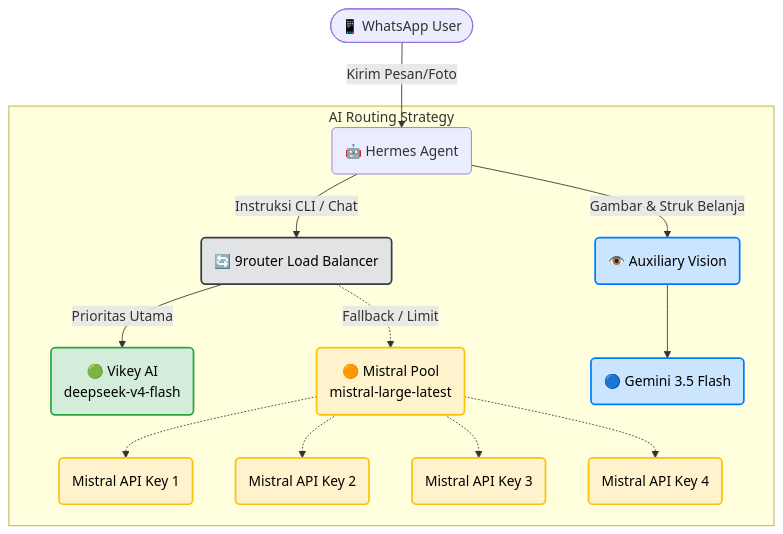
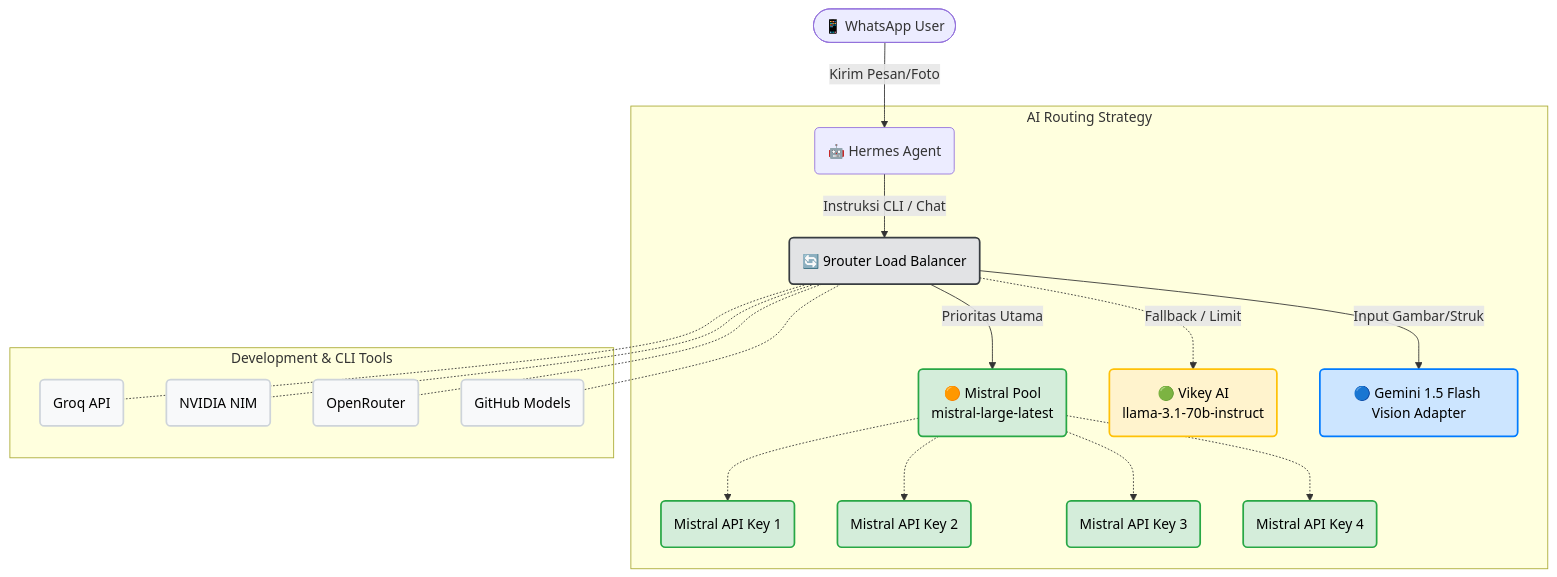
One commit to cantikapf/home-agent-template changed the second of 2 diagrams in README.md. Above: the diagram before and after it, drawn with Mermaid. The commit also changed other lines of this file, not shown here.

Commit message:
feat(dashboard): add 9router status, hyperlink, and fix deploy IP

````diff
--- a/README.md
+++ b/README.md
@@ -62,29 +62,37 @@
 ```mermaid
 graph TD
     User([📱 WhatsApp User]) -->|Kirim Pesan/Foto| Hermes(🤖 Hermes Agent)
     
     subgraph AI Routing Strategy
         Hermes -->|Instruksi CLI / Chat| Router(🔄 9router Load Balancer)
-        Hermes -->|Gambar & Struk Belanja| Vision(👁️ Auxiliary Vision)
         
-        Router -->|Prioritas Utama| Vikey(🟢 Vikey AI<br>deepseek-v4-flash)
-        Router -.->|Fallback / Limit| MistralPool(🟠 Mistral Pool<br>mistral-large-latest)
+        Router -->|Prioritas Utama| MistralPool(🟠 Mistral Pool<br>mistral-large-latest)
+        Router -.->|Fallback / Limit| Vikey(🟢 Vikey AI<br>llama-3.1-70b-instruct)
         
         MistralPool -.-> M1(Mistral API Key 1)
         MistralPool -.-> M2(Mistral API Key 2)
         MistralPool -.-> M3(Mistral API Key 3)
         MistralPool -.-> M4(Mistral API Key 4)
         
-        Vision --> Gemini(🔵 Gemini 3.5 Flash)
+        Router -->|Input Gambar/Struk| Gemini(🔵 Gemini 1.5 Flash Vision Adapter)
+    end
+    
+    subgraph Development & CLI Tools
+        Router -.- Groq(Groq API)
+        Router -.- Nvidia(NVIDIA NIM)
+        Router -.- OpenRouter(OpenRouter)
+        Router -.- GitHub(GitHub Models)
     end
     
     classDef primary fill:#d4edda,stroke:#28a745,stroke-width:2px,color:black;
     classDef fallback fill:#fff3cd,stroke:#ffc107,stroke-width:2px,color:black;
     classDef vision fill:#cce5ff,stroke:#007bff,stroke-width:2px,color:black;
     classDef router fill:#e2e3e5,stroke:#383d41,stroke-width:2px,color:black;
+    classDef aux fill:#f8f9fa,stroke:#ced4da,stroke-width:2px,color:black;
     
-    class Vikey primary;
-    class MistralPool,M1,M2,M3,M4 fallback;
-    class Vision,Gemini vision;
+    class MistralPool,M1,M2,M3,M4 primary;
+    class Vikey fallback;
+    class Gemini vision;
     class Router router;
+    class Groq,Nvidia,OpenRouter,GitHub aux;
 ```
````
